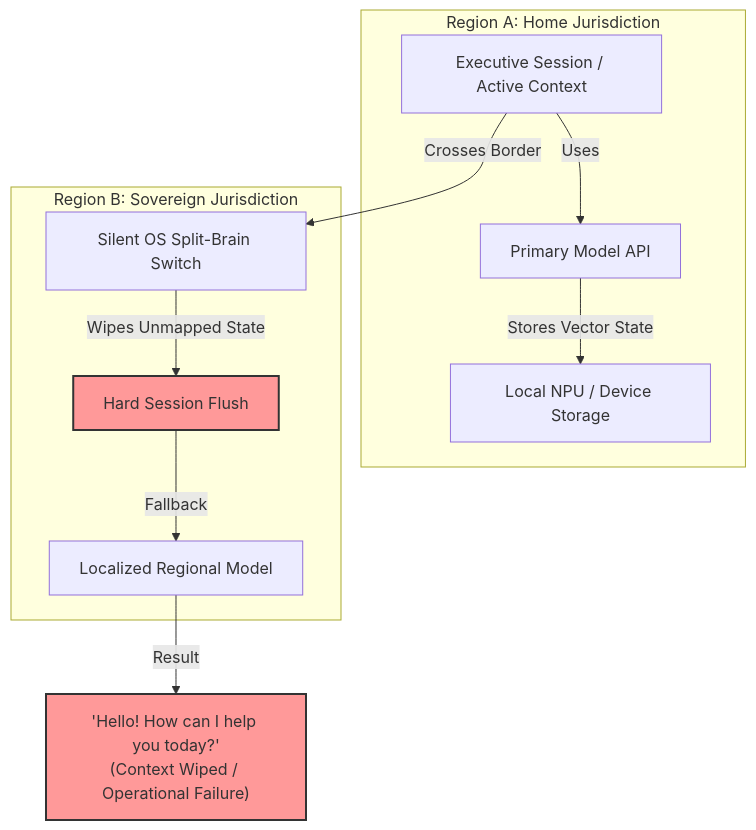
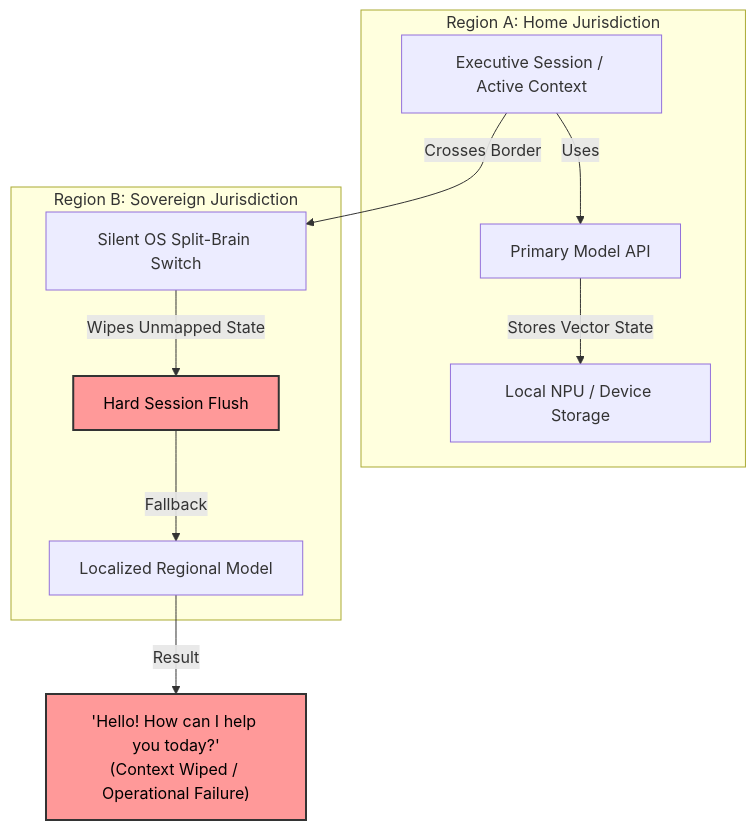
Before and after one commit to 26200602/SIA-Agentic-AI-Architecture: the first of 2 diagrams in docs/07_Geopolitical-Edge-Context-Gateway.md, drawn with Mermaid. The commit also changed other lines of this file, not shown here.

````diff
--- a/docs/07_Geopolitical-Edge-Context-Gateway.md
+++ b/docs/07_Geopolitical-Edge-Context-Gateway.md
@@ -23,18 +23,19 @@
 ```mermaid
 graph TD
     subgraph Region A [Region A: Home Jurisdiction]
         A1[Executive Session / Active Context] -->|Uses| A2[Primary Model API]
         A2 -->|Stores Vector State| A3[Local NPU / Device Storage]
     end
 
     A1 -->|Crosses Border| B1
 
     subgraph Region B [Region B: Sovereign Jurisdiction]
         B1[Silent OS Split-Brain Switch] -->|Wipes Unmapped State| B2[Hard Session Flush]
         B2 -->|Fallback| B3[Localized Regional Model]
     end
     B3 -->|Result| B4["'Hello! How can I help you today?'\n(Context Wiped / Operational Failure)"]
 
-    style B2 fill:#ff9999,stroke:#333,stroke-width:2px
-    style B4 fill:#ff9999,stroke:#333,stroke-width:2px
+    style B2 fill:#ff9999,stroke:#333,stroke-width:2px,color:#000
+    style B4 fill:#ff9999,stroke:#333,stroke-width:2px,color:#000
+
 ```
````
